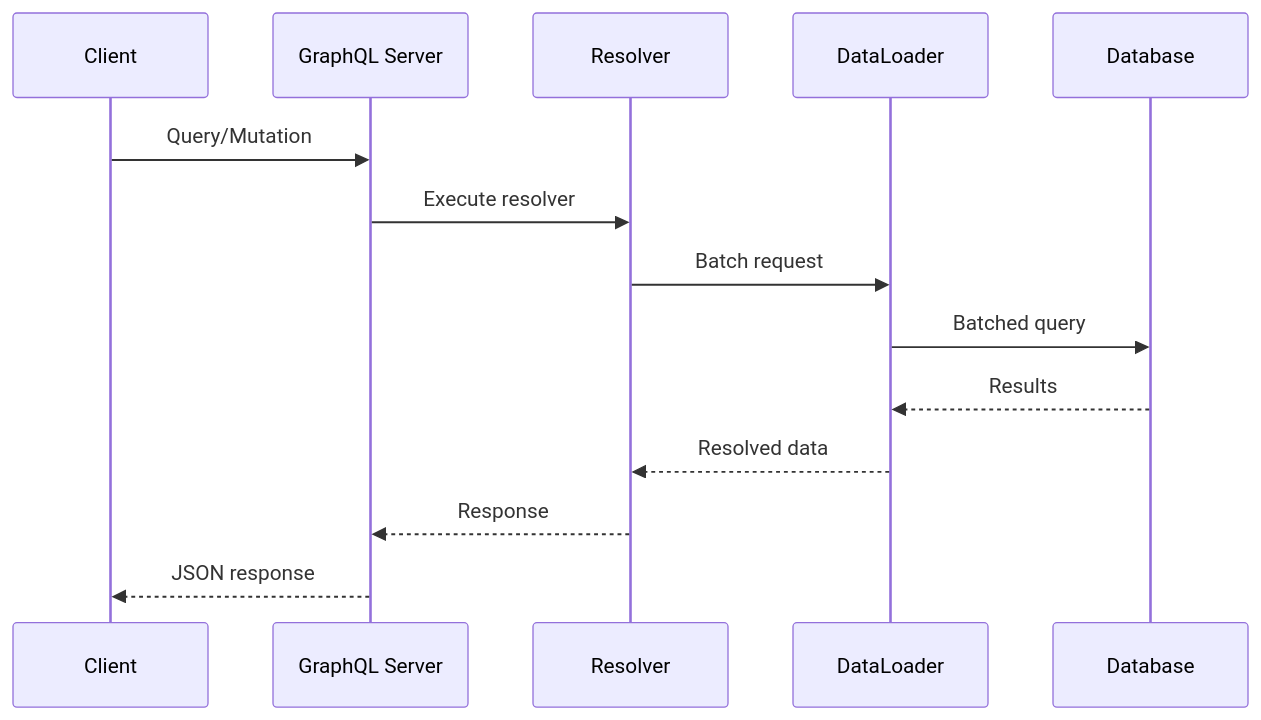
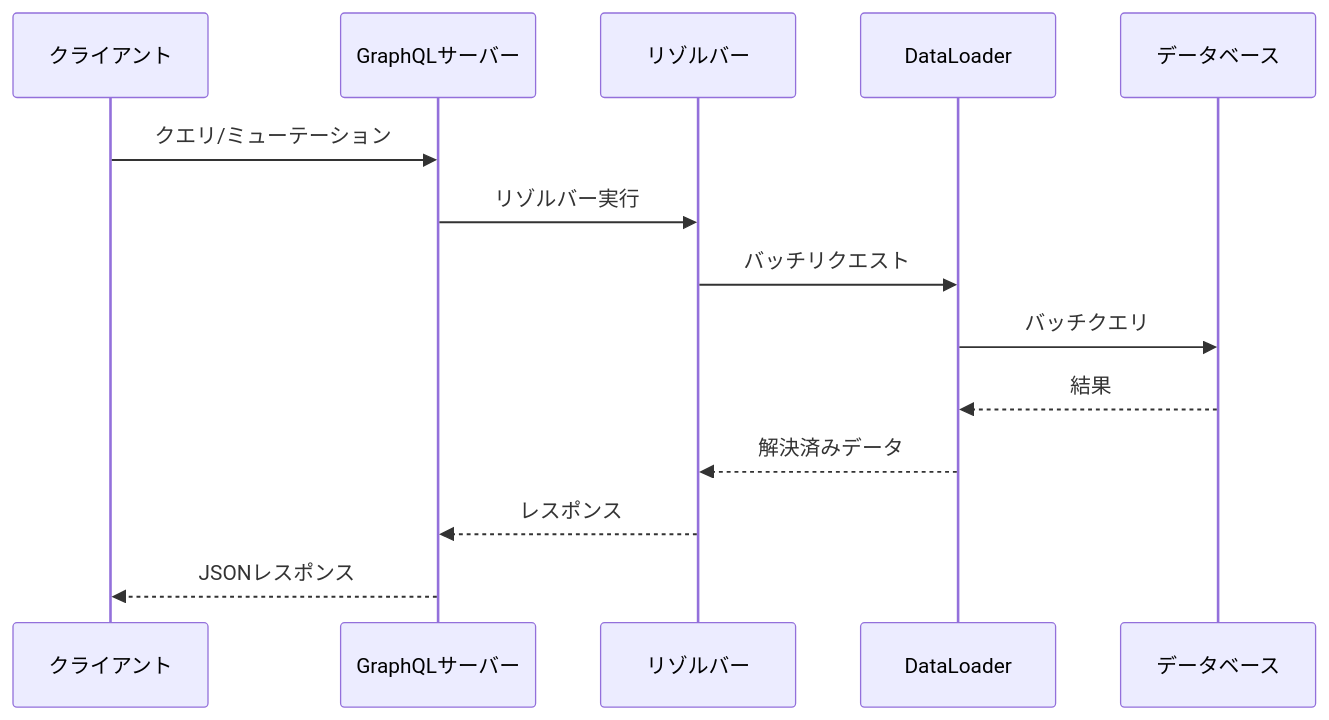
Before and after one commit to DIO0550/d-market: the diagram in plugins/spec-plugin/skills/api-spec/assets/templates/graphql-schema.md, drawn with Mermaid. The commit also changed other lines of this file and 16 other files, not shown here.

````diff
--- a/plugins/spec-plugin/skills/api-spec/assets/templates/graphql-schema.md
+++ b/plugins/spec-plugin/skills/api-spec/assets/templates/graphql-schema.md
@@ -203,17 +203,17 @@
 ```mermaid
 sequenceDiagram
-    participant C as Client
-    participant G as GraphQL Server
-    participant R as Resolver
+    participant C as クライアント
+    participant G as GraphQLサーバー
+    participant R as リゾルバー
     participant D as DataLoader
-    participant DB as Database
+    participant DB as データベース
 
-    C->>G: Query/Mutation
-    G->>R: Execute resolver
-    R->>D: Batch request
-    D->>DB: Batched query
-    DB-->>D: Results
-    D-->>R: Resolved data
-    R-->>G: Response
-    G-->>C: JSON response
+    C->>G: クエリ/ミューテーション
+    G->>R: リゾルバー実行
+    R->>D: バッチリクエスト
+    D->>DB: バッチクエリ
+    DB-->>D: 結果
+    D-->>R: 解決済みデータ
+    R-->>G: レスポンス
+    G-->>C: JSONレスポンス
 ```
````
